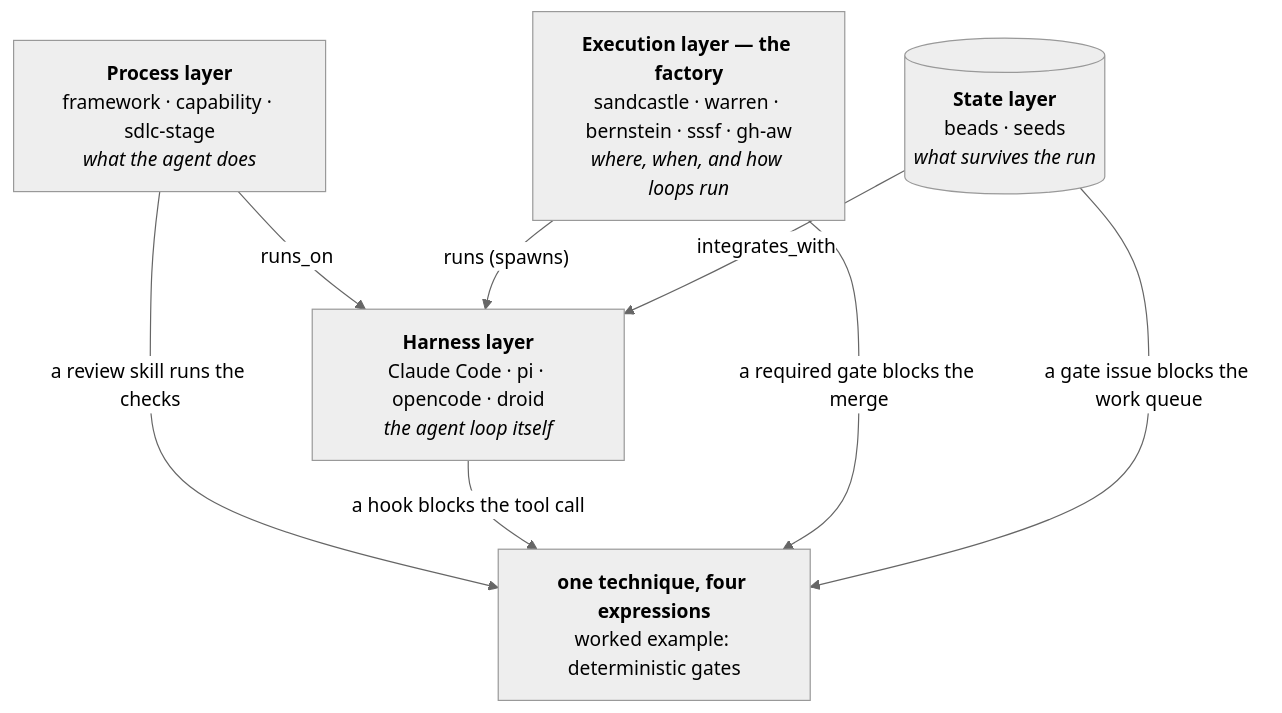
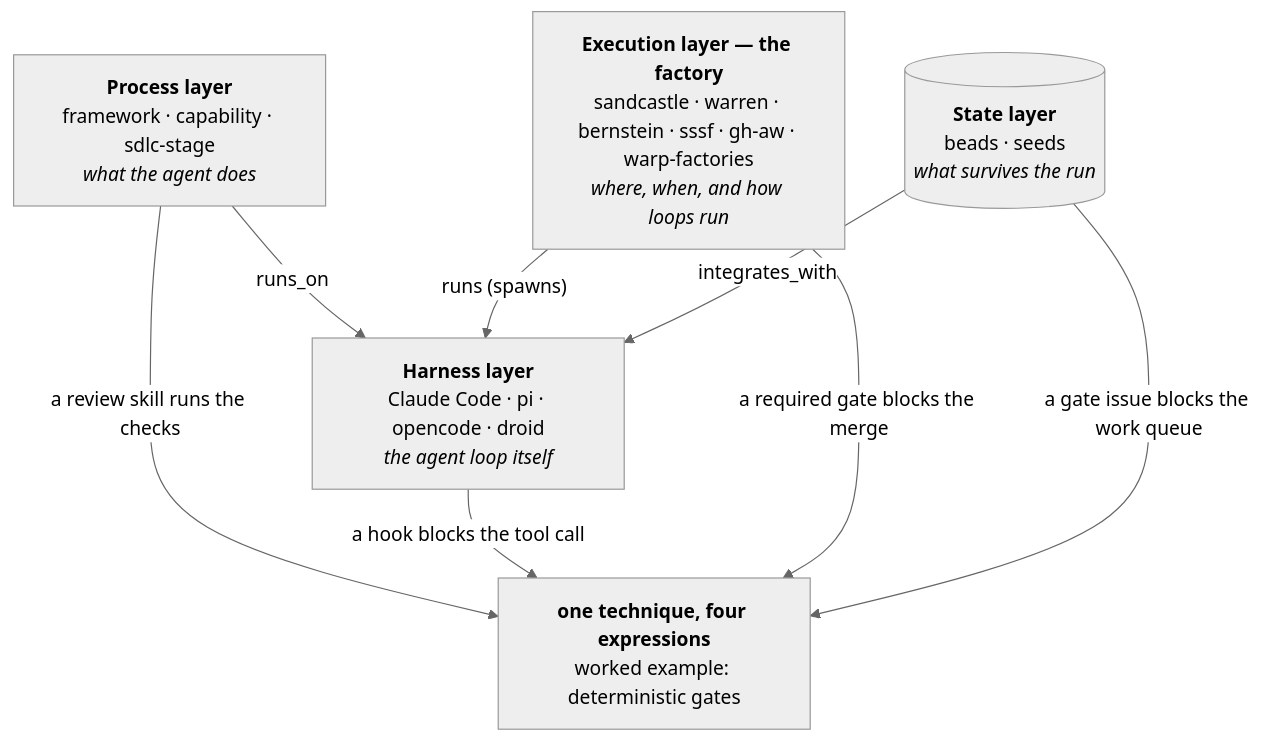
The first of 2 diagrams in wiki/topic/topic-software-factory.md (pmackay/sdlc-wiki), drawn with Mermaid (neutral theme) before and after one commit. The commit also changed other lines of this file and 25 other files, not shown here.

First line of the commit message:
docs(wiki): add Warp Factories runtime, Tessl context-driven factories, and factory-as-code pattern

````diff
--- a/wiki/topic/topic-software-factory.md
+++ b/wiki/topic/topic-software-factory.md
@@ -26,15 +26,15 @@
 ```mermaid
 flowchart TB
     P["<b>Process layer</b><br/>framework · capability · sdlc-stage<br/><i>what the agent does</i>"]
     H["<b>Harness layer</b><br/>Claude Code · pi · opencode · droid<br/><i>the agent loop itself</i>"]
-    R["<b>Execution layer — the factory</b><br/>sandcastle · warren · bernstein · sssf · gh-aw<br/><i>where, when, and how loops run</i>"]
+    R["<b>Execution layer — the factory</b><br/>sandcastle · warren · bernstein · sssf · gh-aw · warp-factories<br/><i>where, when, and how loops run</i>"]
     S[("<b>State layer</b><br/>beads · seeds<br/><i>what survives the run</i>")]
     PAT["<b>one technique, four expressions</b><br/>worked example: deterministic gates"]
     P -- "runs_on" --> H
     R -- "runs (spawns)" --> H
     S -- "integrates_with" --> H
     P -- "a review skill runs the checks" --> PAT
     H -- "a hook blocks the tool call" --> PAT
     R -- "a required gate blocks the merge" --> PAT
     S -- "a gate issue blocks the work queue" --> PAT
 ```
````
